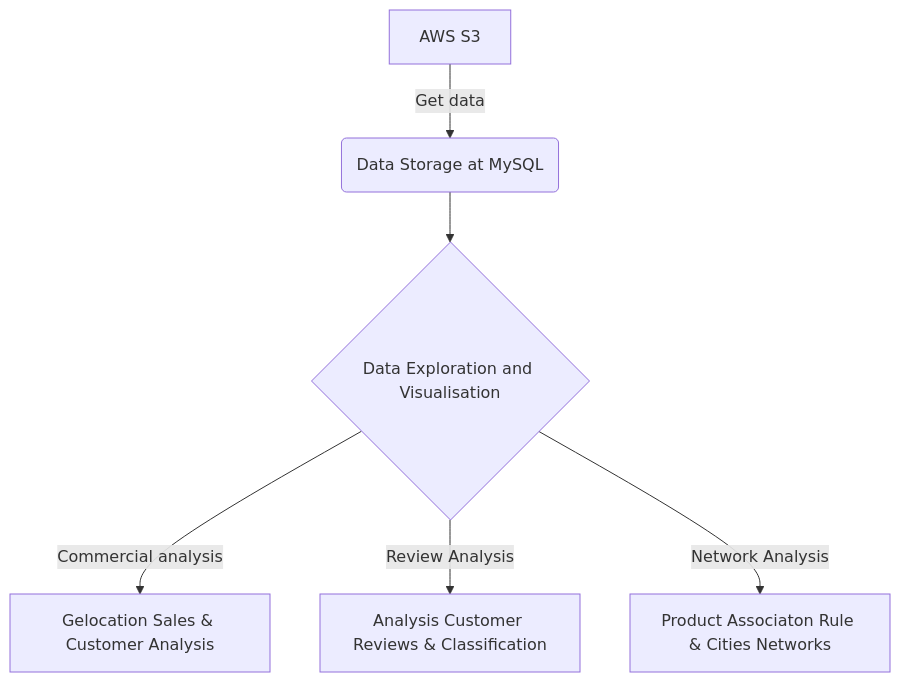
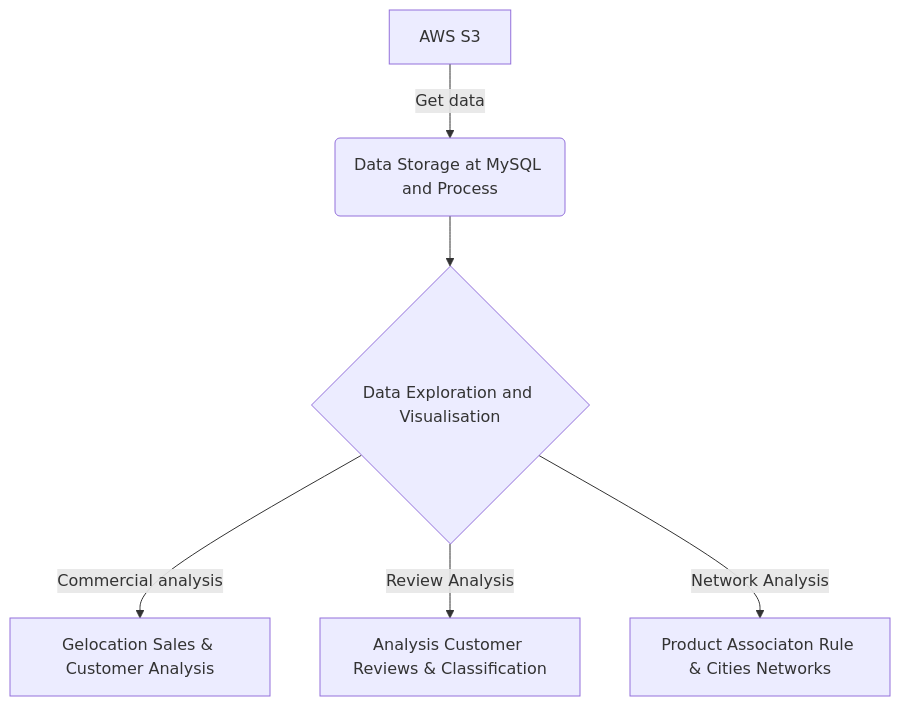
Before and after one commit to JamesLi197412/eCommerce_analysis: the diagram in README.md, drawn with Mermaid.

Commit message:
README.md

````diff
--- a/README.md
+++ b/README.md
@@ -17,8 +17,9 @@
 ```mermaid
 flowchart TD
-    A[AWS S3 ] -->|Get data| B(Data Storage at MySQL)
+    A[AWS S3 ] -->|Get data| B(Data Storage at MySQL and Process)
     B --> C{Data Exploration and Visualisation}
     C -->|Commercial analysis| D[Gelocation Sales & Customer Analysis]
     C -->|Review Analysis| E[Analysis Customer Reviews & Classification]
     C -->|Network Analysis| F[Product Associaton Rule & Cities Networks]
+  
 ```
````
